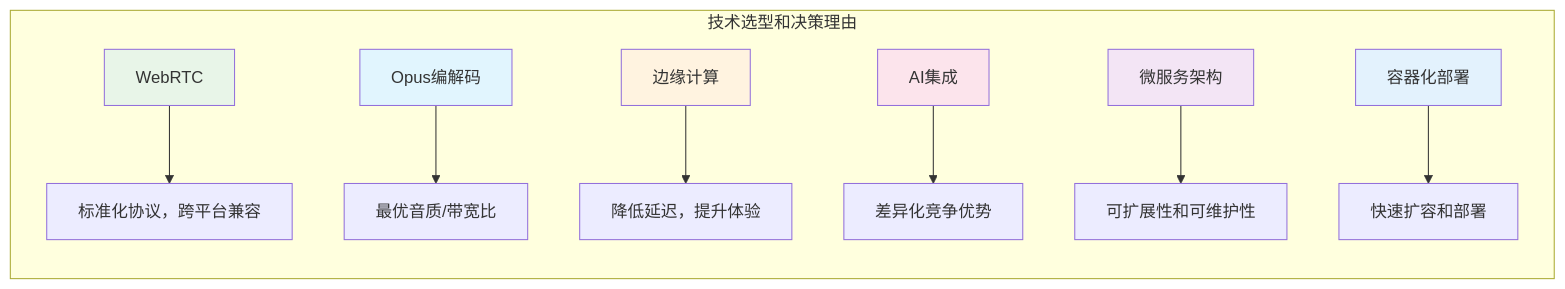
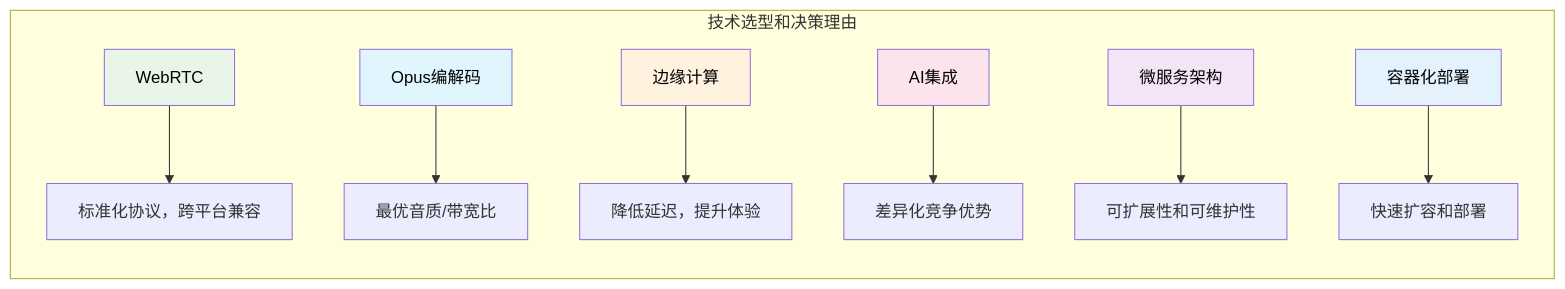
Before and after one commit to Dtheme/ohmy408: the seventh of 8 diagrams in ohmy408/datas.bundle/音频开发/1.9a AVFoundation.md, drawn with Mermaid. The commit also changed other lines of this file and 7 other files, not shown here.

````diff
--- a/ohmy408/datas.bundle/音频开发/1.9a AVFoundation.md
+++ b/ohmy408/datas.bundle/音频开发/1.9a AVFoundation.md
@@ -1088,18 +1088,18 @@
 ```mermaid
 graph LR
     subgraph "技术选型和决策理由"
         A[WebRTC] --> A1[标准化协议，跨平台兼容]
         B[Opus编解码] --> B1[最优音质/带宽比]
         C[边缘计算] --> C1[降低延迟，提升体验]
         D[AI集成] --> D1[差异化竞争优势]
         E[微服务架构] --> E1[可扩展性和可维护性]
         F[容器化部署] --> F1[快速扩容和部署]
     end
     
-    style A fill:#e8f5e8
-    style B fill:#e1f5fe
-    style C fill:#fff3e0
-    style D fill:#fce4ec
-    style E fill:#f3e5f5
-    style F fill:#e3f2fd
+    style A fill:#e8f5e8,color:#000
+    style B fill:#e1f5fe,color:#000
+    style C fill:#fff3e0,color:#000
+    style D fill:#fce4ec,color:#000
+    style E fill:#f3e5f5,color:#000
+    style F fill:#e3f2fd,color:#000
 ```
````
